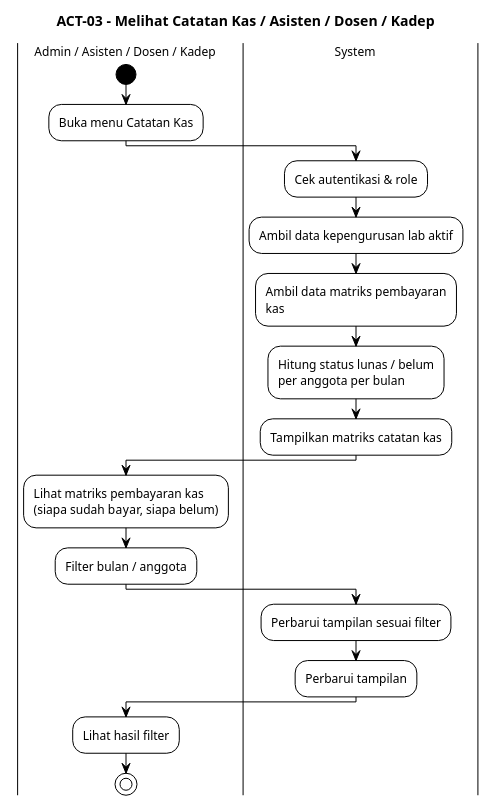
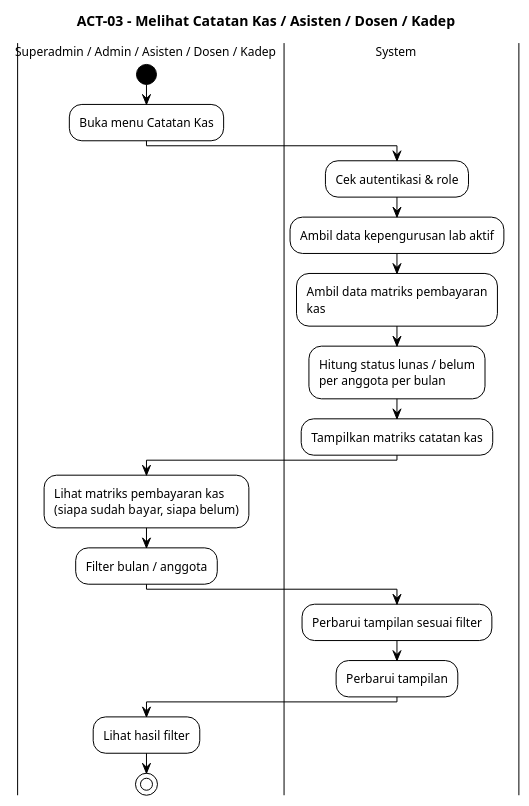
One commit to Habiboys/SILAB-DSI changed the diagram in docs/keuangan/activity/ACT_03_MELIHAT_CATATAN_KAS.puml. Above: the diagram before and after it, drawn with PlantUML. The commit also changed 261 other files, not shown here.

```diff
--- a/docs/keuangan/activity/ACT_03_MELIHAT_CATATAN_KAS.puml
+++ b/docs/keuangan/activity/ACT_03_MELIHAT_CATATAN_KAS.puml
@@ -1,41 +1,41 @@
 @startuml ACT_03_MELIHAT_CATATAN_KAS
 !theme plain
 !pragma useVerticalIf on
 scale max 1600 width
 skinparam wrapWidth 200
 
 skinparam defaultFontSize 12
 skinparam TitleFontSize 14
 skinparam swimlaneWidth 220
 skinparam ActivityStartColor black
 skinparam ActivityEndColor black
 skinparam ConditionEndStyle hline
 title ACT-03 - Melihat Catatan Kas / Asisten / Dosen / Kadep
 
-|Admin / Asisten / Dosen / Kadep|
+|Superadmin / Admin / Asisten / Dosen / Kadep|
 |System|
 
-|Admin / Asisten / Dosen / Kadep|
+|Superadmin / Admin / Asisten / Dosen / Kadep|
 start
 :Buka menu Catatan Kas;
 
 |System|
 :Cek autentikasi & role;
 :Ambil data kepengurusan lab aktif;
 :Ambil data matriks pembayaran kas;
 :Hitung status lunas / belum\nper anggota per bulan;
 :Tampilkan matriks catatan kas;
 
-|Admin / Asisten / Dosen / Kadep|
+|Superadmin / Admin / Asisten / Dosen / Kadep|
 :Lihat matriks pembayaran kas\n(siapa sudah bayar, siapa belum);
 :Filter bulan / anggota ;
 
 |System|
 :Perbarui tampilan sesuai filter;
 :Perbarui tampilan;
 
-|Admin / Asisten / Dosen / Kadep|
+|Superadmin / Admin / Asisten / Dosen / Kadep|
 :Lihat hasil filter;
 
 stop
 @enduml
```
